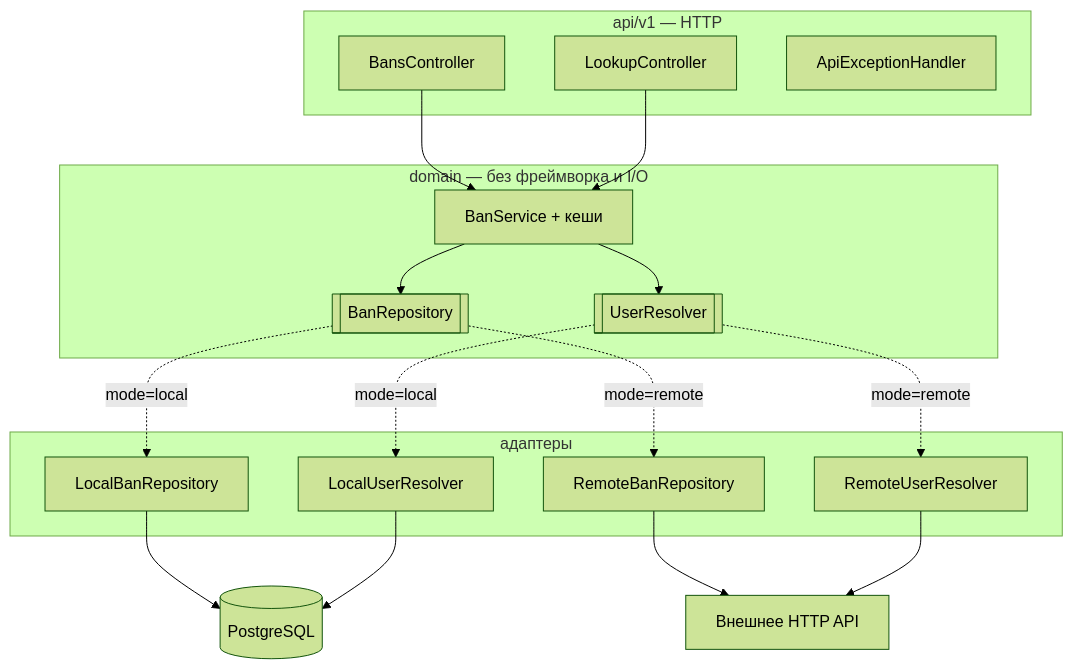
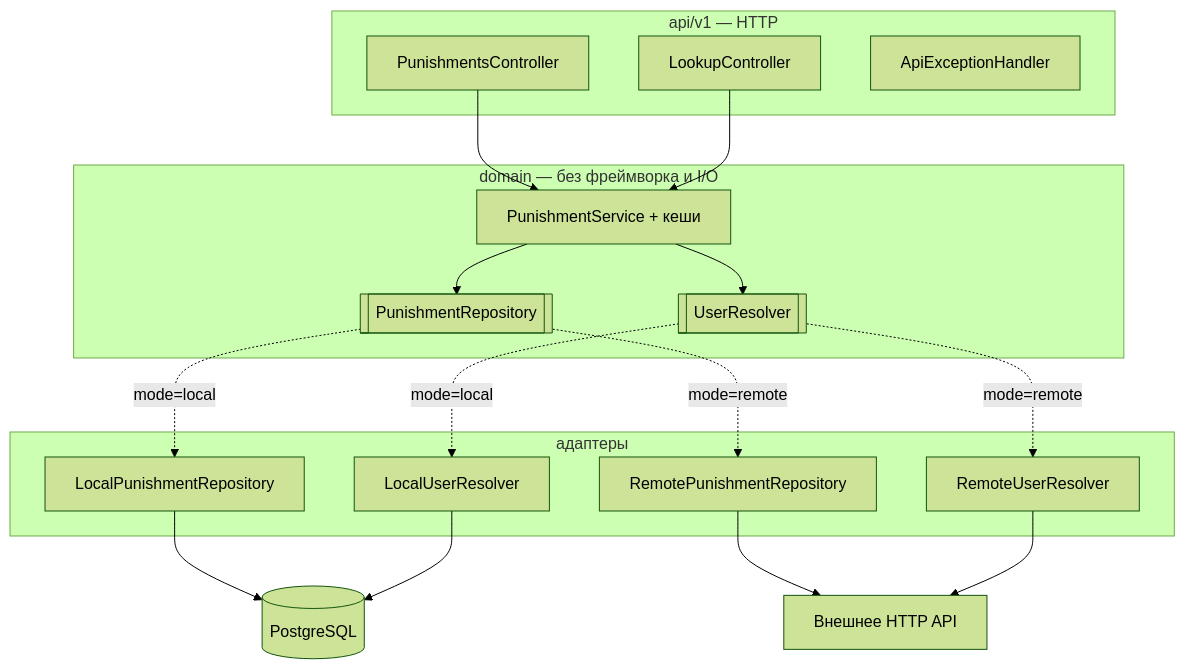
One commit to vanFEK/proxypunishments-service-example changed the diagram in README.ru.md. Above: the diagram before and after it, drawn with Mermaid (forest theme). The commit also changed other lines of this file and 44 other files, not shown here.

First line of the commit message:
feat: extend bans into punishments — mutes and warnings

````diff
--- a/README.ru.md
+++ b/README.ru.md
@@ -37,32 +38,32 @@
 ```mermaid
 flowchart TB
     subgraph api["api/v1 — HTTP"]
-        BC[BansController]
+        BC[PunishmentsController]
         LC[LookupController]
         EH[ApiExceptionHandler]
     end
     subgraph domain["domain — без фреймворка и I/O"]
-        SVC[BanService + кеши]
-        PORT1[[BanRepository]]
+        SVC[PunishmentService + кеши]
+        PORT1[[PunishmentRepository]]
         PORT2[[UserResolver]]
     end
     subgraph adapters["адаптеры"]
-        L1[LocalBanRepository]
+        L1[LocalPunishmentRepository]
         L2[LocalUserResolver]
-        R1[RemoteBanRepository]
+        R1[RemotePunishmentRepository]
         R2[RemoteUserResolver]
     end
 
     BC --> SVC
     LC --> SVC
     SVC --> PORT1
     SVC --> PORT2
     PORT1 -.->|mode=local| L1
     PORT2 -.->|mode=local| L2
     PORT1 -.->|mode=remote| R1
     PORT2 -.->|mode=remote| R2
     L1 --> PG[(PostgreSQL)]
     L2 --> PG
     R1 --> EXT[Внешнее HTTP API]
     R2 --> EXT
 ```
````
